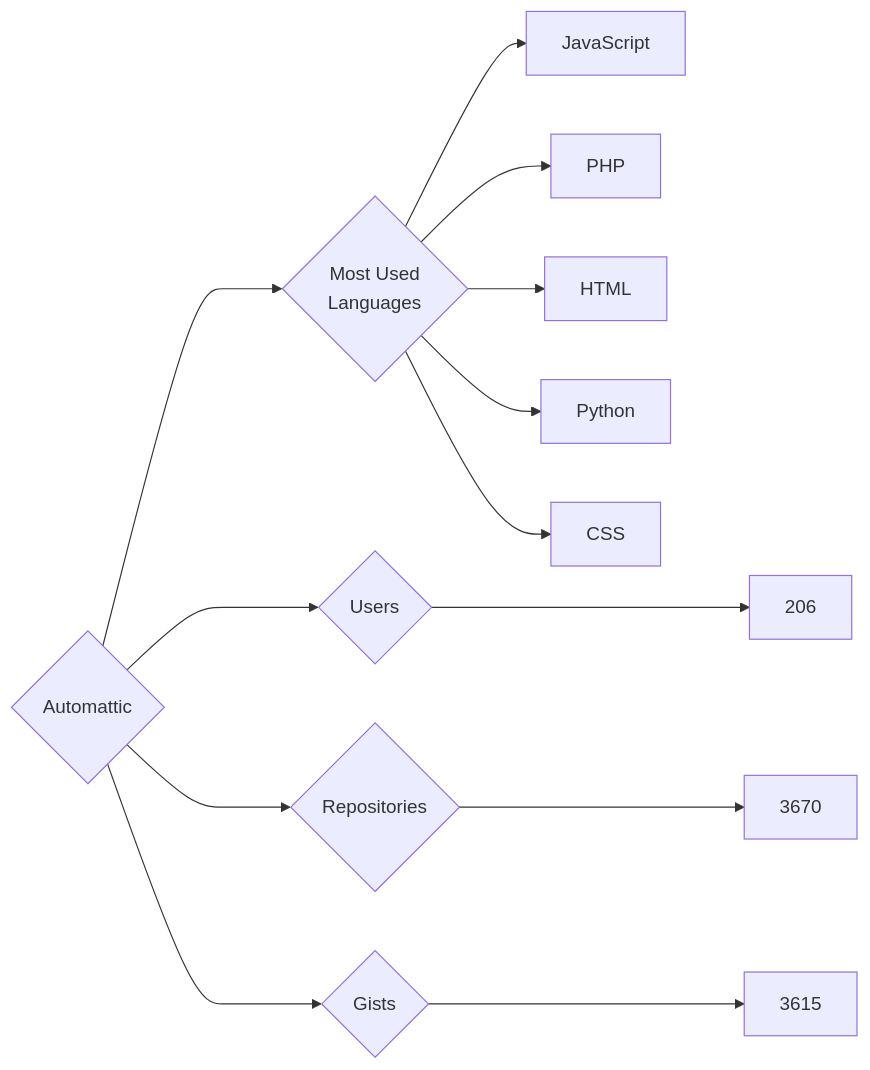
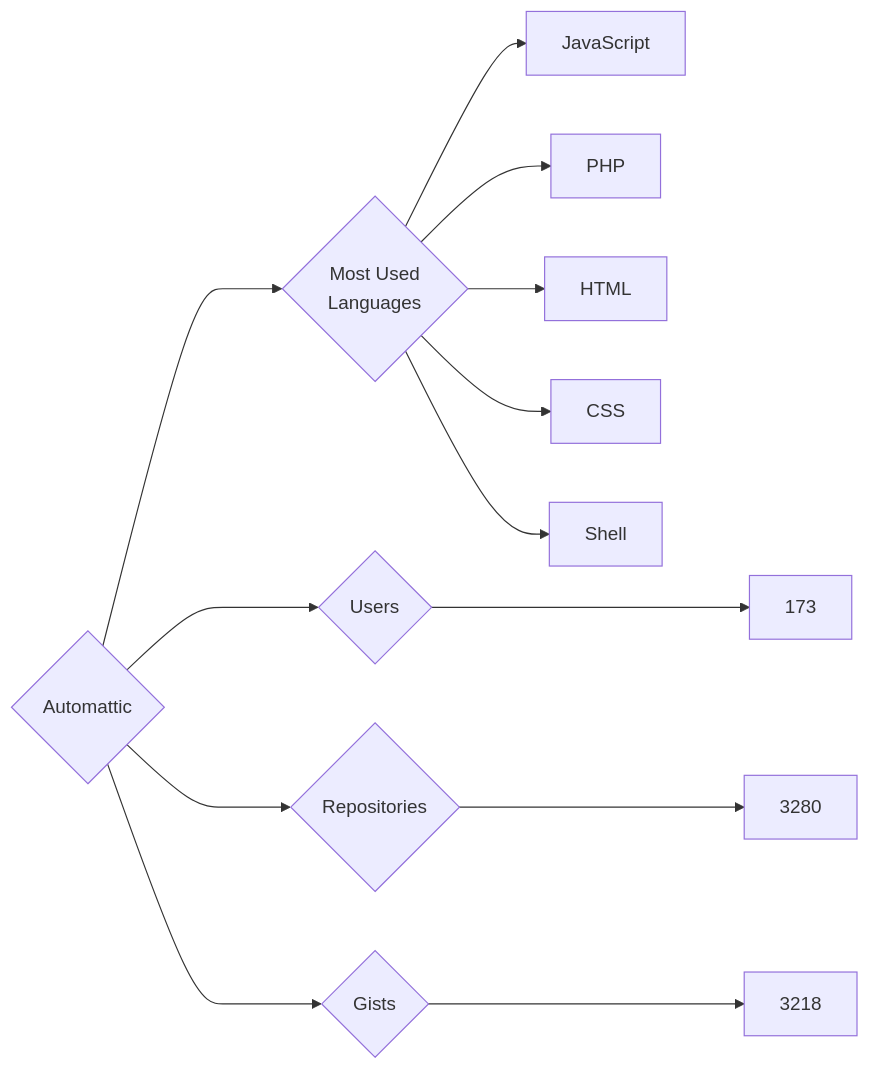
The diagram in targets/Automattic/README.md (trickest/insiders), drawn with Mermaid before and after one commit. The commit also changed 773 other files, not shown here.

````diff
--- a/targets/Automattic/README.md
+++ b/targets/Automattic/README.md
@@ -3,13 +3,13 @@
 ```mermaid
 graph LR
 COMPANY_NAME{Automattic}
-COMPANY_NAME ---> U{Users} ---> UN[206]
-COMPANY_NAME ---> R{Repositories} ---> RN[3670]
-COMPANY_NAME ---> G{Gists} ---> GN[3615]
+COMPANY_NAME ---> U{Users} ---> UN[173]
+COMPANY_NAME ---> R{Repositories} ---> RN[3280]
+COMPANY_NAME ---> G{Gists} ---> GN[3218]
 COMPANY_NAME ---> ML{Most Used<br>Languages}
 ML --> JavaScript[JavaScript]
 ML --> PHP[PHP]
 ML --> HTML[HTML]
-ML --> Python[Python]
 ML --> CSS[CSS]
+ML --> Shell[Shell]
 ```
````
